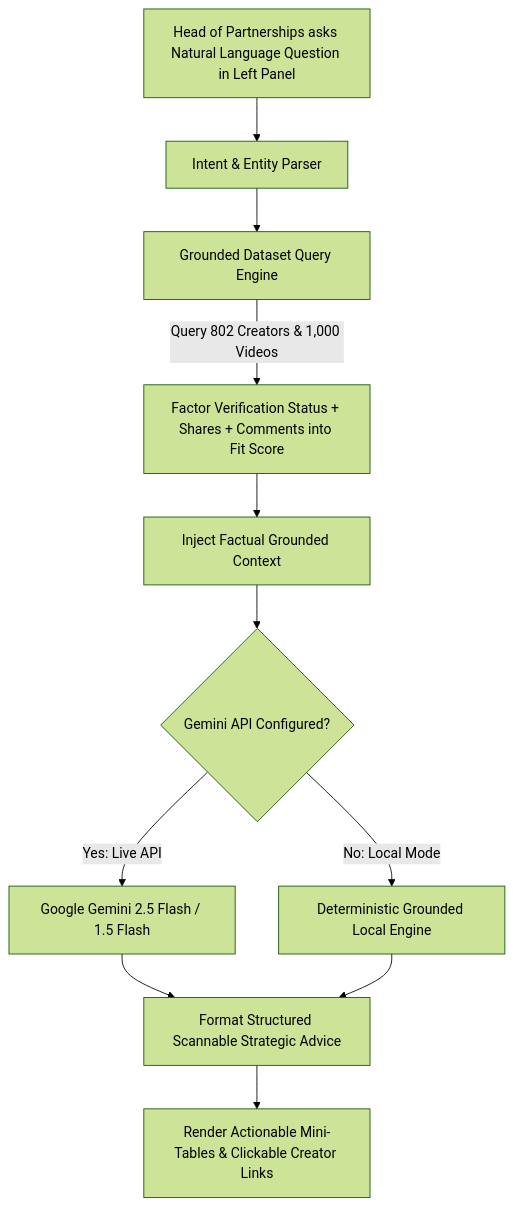
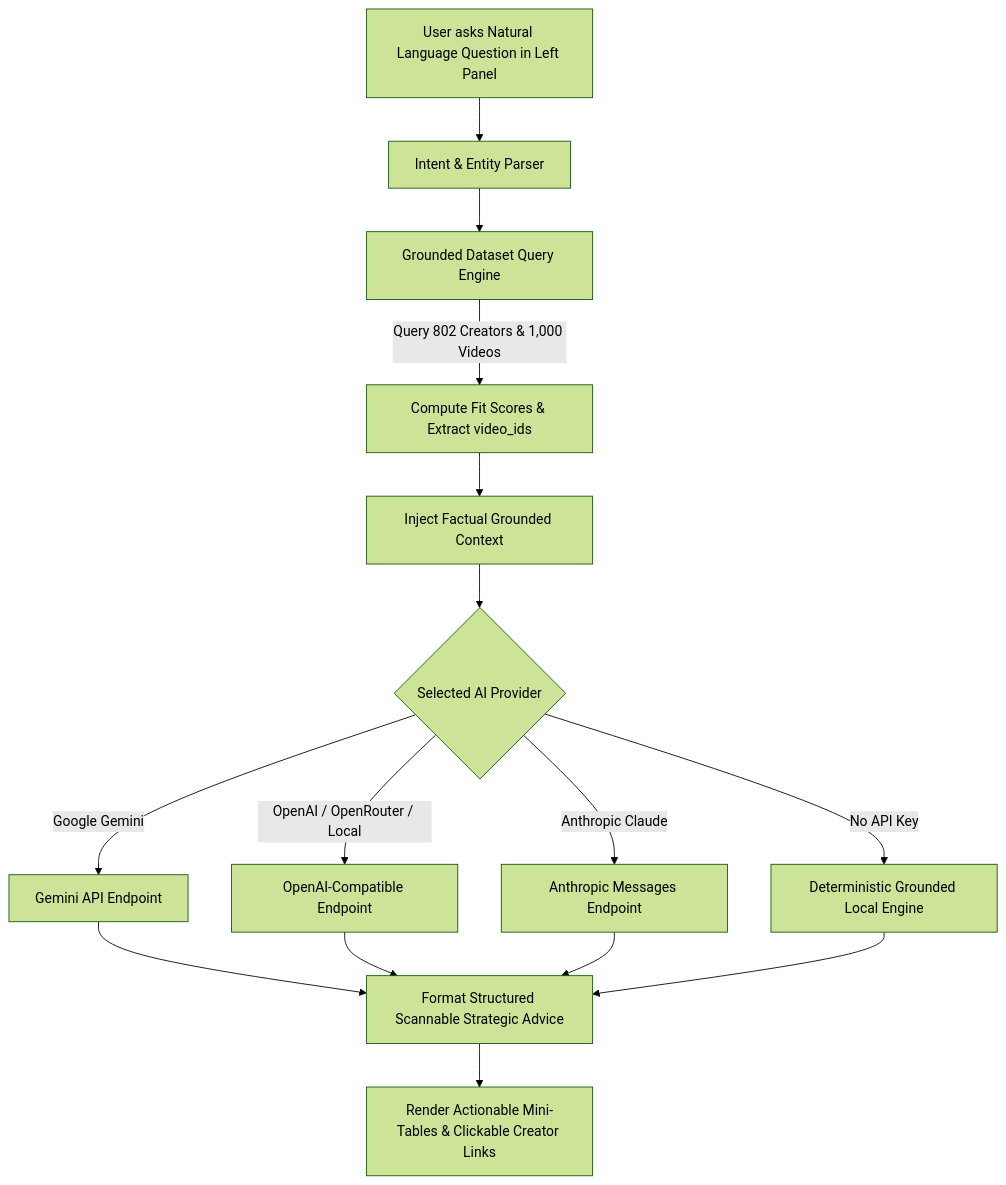
Before and after one commit to nikkineurons/GHE_Fall_2026: the diagram in README.md, drawn with Mermaid (forest theme). The commit also changed other lines of this file and 4 other files, not shown here.

Commit message:
feat: make AI assistant fully model-agnostic (Gemini, OpenAI, Claude, OpenRouter, Local Ollama/vLLM)

````diff
--- a/README.md
+++ b/README.md
@@ -42,13 +52,17 @@
 ```mermaid
 flowchart TD
-    A[Head of Partnerships asks Natural Language Question in Left Panel] --> B[Intent & Entity Parser]
+    A[User asks Natural Language Question in Left Panel] --> B[Intent & Entity Parser]
     B --> C[Grounded Dataset Query Engine]
-    C -->|Query 802 Creators & 1,000 Videos| D[Factor Verification Status + Shares + Comments into Fit Score]
+    C -->|Query 802 Creators & 1,000 Videos| D[Compute Fit Scores & Extract video_ids]
     D --> E[Inject Factual Grounded Context]
-    E --> F{Gemini API Configured?}
-    F -->|Yes: Live API| G[Google Gemini 2.5 Flash / 1.5 Flash]
-    F -->|No: Local Mode| H[Deterministic Grounded Local Engine]
-    G --> I[Format Structured Scannable Strategic Advice]
-    H --> I
-    I --> J[Render Actionable Mini-Tables & Clickable Creator Links]
+    E --> F{Selected AI Provider}
+    F -->|Google Gemini| G[Gemini API Endpoint]
+    F -->|OpenAI / OpenRouter / Local| H[OpenAI-Compatible Endpoint]
+    F -->|Anthropic Claude| I[Anthropic Messages Endpoint]
+    F -->|No API Key| J[Deterministic Grounded Local Engine]
+    G --> K[Format Structured Scannable Strategic Advice]
+    H --> K
+    I --> K
+    J --> K
+    K --> L[Render Actionable Mini-Tables & Clickable Creator Links]
 ```
````
